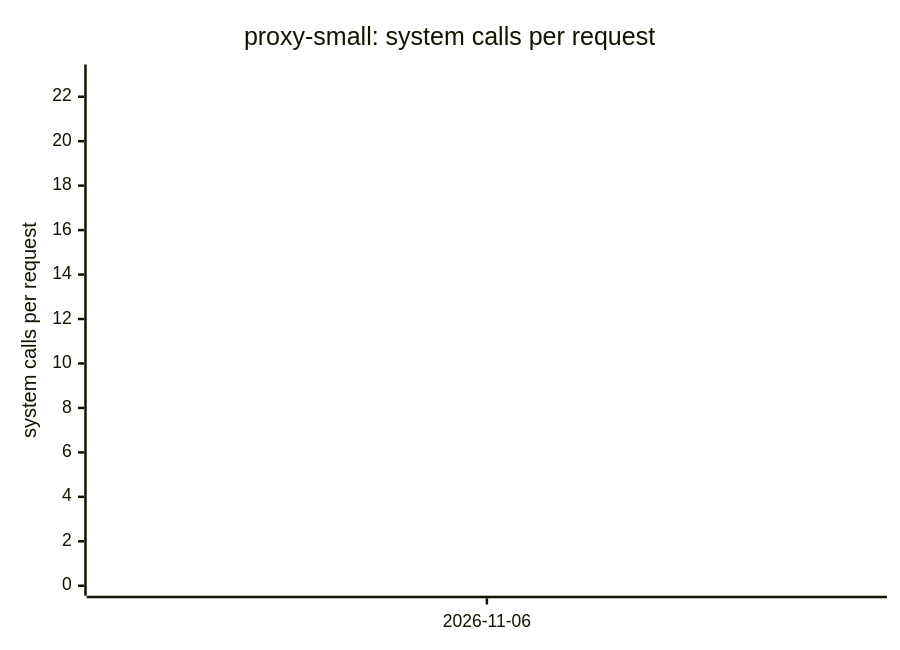
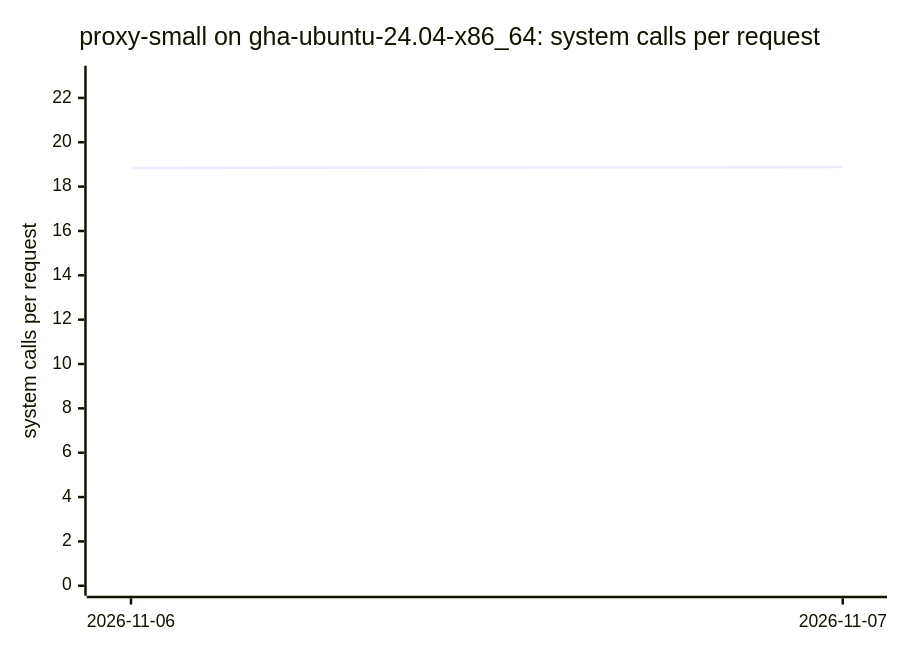
One commit to ThePixelPilgrim/durchlauferhitzer changed diagram 11 of 14 in BENCHMARKS.md. Above: the diagram before and after it, drawn with Mermaid. The commit also changed other lines of this file and 1 other file, not shown here.

````diff
--- a/BENCHMARKS.md
+++ b/BENCHMARKS.md
@@ -115,7 +126,7 @@
 ```mermaid
 xychart-beta
-  title "proxy-small: system calls per request"
-  x-axis ["2026-11-06"]
+  title "proxy-small on gha-ubuntu-24.04-x86_64: system calls per request"
+  x-axis ["2026-11-06", "2026-11-07"]
   y-axis "system calls per request" 0 --> 23
-  line [18.84]
+  line [18.84, 18.88]
 ```
````
